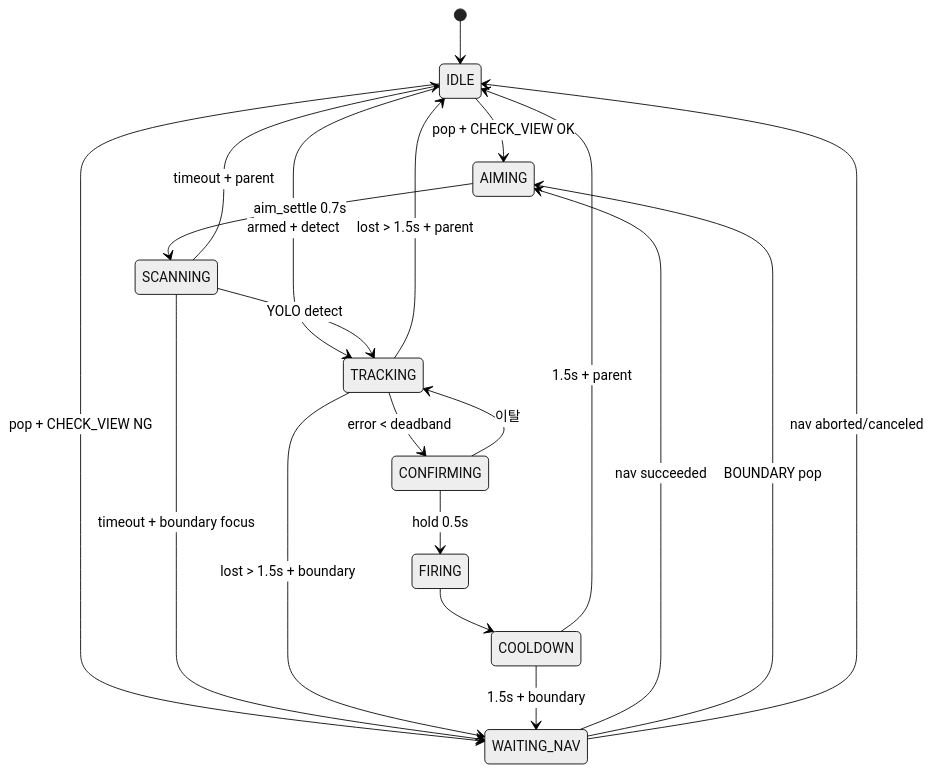
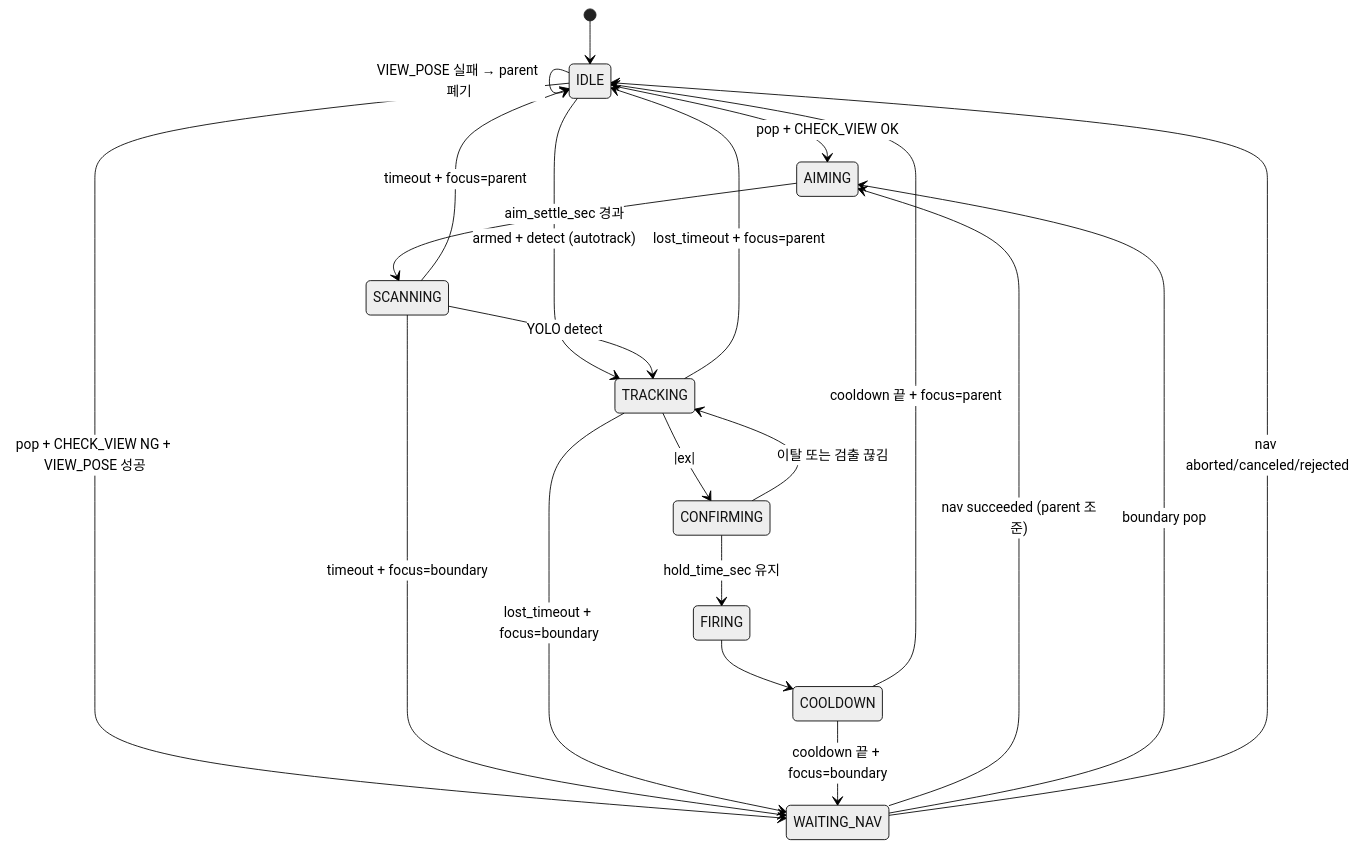
The second of 2 diagrams in INTERFACE.md (dladyddn133-creator/omx_aim), drawn with Mermaid (neutral theme) before and after one commit. The commit also changed other lines of this file, not shown here.

````diff
--- a/INTERFACE.md
+++ b/INTERFACE.md
@@ -225,30 +300,31 @@
 ```mermaid
 stateDiagram-v2
     [*] --> IDLE
-    
+
     IDLE --> AIMING: pop + CHECK_VIEW OK
-    IDLE --> WAITING_NAV: pop + CHECK_VIEW NG
-    IDLE --> TRACKING: armed + detect
-    
-    WAITING_NAV --> AIMING: nav succeeded
-    WAITING_NAV --> AIMING: BOUNDARY pop
-    WAITING_NAV --> IDLE: nav aborted/canceled
-    
-    AIMING --> SCANNING: aim_settle 0.7s
-    
+    IDLE --> WAITING_NAV: pop + CHECK_VIEW NG + VIEW_POSE 성공
+    IDLE --> IDLE: VIEW_POSE 실패 → parent 폐기
+    IDLE --> TRACKING: armed + detect (autotrack)
+
+    WAITING_NAV --> AIMING: nav succeeded (parent 조준)
+    WAITING_NAV --> AIMING: boundary pop
+    WAITING_NAV --> IDLE: nav aborted/canceled/rejected
+
+    AIMING --> SCANNING: aim_settle_sec 경과
+
     SCANNING --> TRACKING: YOLO detect
-    SCANNING --> IDLE: timeout + parent
-    SCANNING --> WAITING_NAV: timeout + boundary focus
-    
-    TRACKING --> CONFIRMING: error < deadband
-    TRACKING --> IDLE: lost > 1.5s + parent
-    TRACKING --> WAITING_NAV: lost > 1.5s + boundary
-    
-    CONFIRMING --> FIRING: hold 0.5s
-    CONFIRMING --> TRACKING: 이탈
-    
+    SCANNING --> IDLE: timeout + focus=parent
+    SCANNING --> WAITING_NAV: timeout + focus=boundary
+
+    TRACKING --> CONFIRMING: |ex|<deadband_x and |ey|<deadband_y
+    TRACKING --> IDLE: lost_timeout + focus=parent
+    TRACKING --> WAITING_NAV: lost_timeout + focus=boundary
+
+    CONFIRMING --> FIRING: hold_time_sec 유지
+    CONFIRMING --> TRACKING: 이탈 또는 검출 끊김
+
     FIRING --> COOLDOWN
-    
-    COOLDOWN --> IDLE: 1.5s + parent
-    COOLDOWN --> WAITING_NAV: 1.5s + boundary
+
+    COOLDOWN --> IDLE: cooldown 끝 + focus=parent
+    COOLDOWN --> WAITING_NAV: cooldown 끝 + focus=boundary
 ```
````
